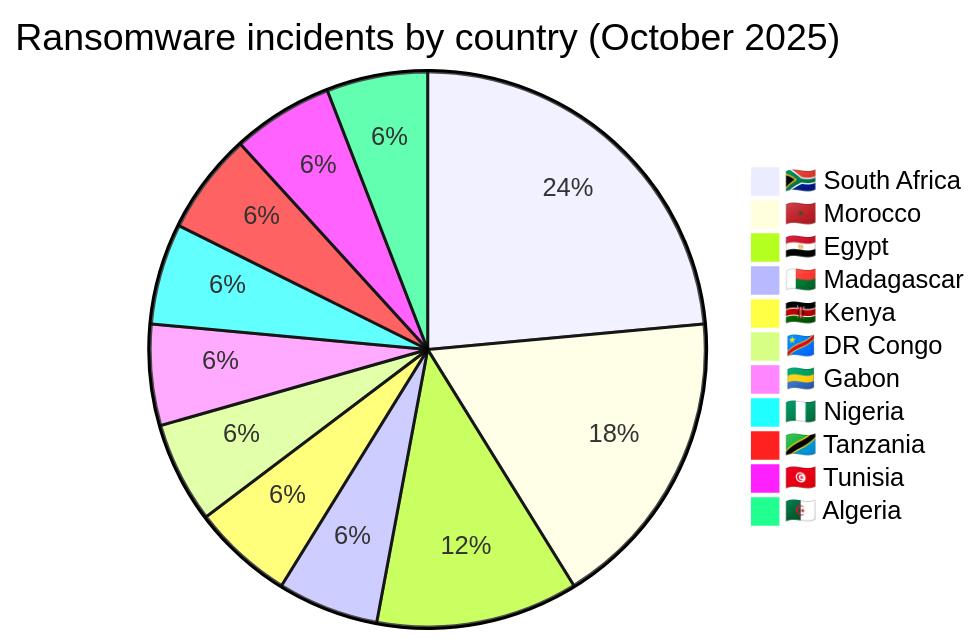
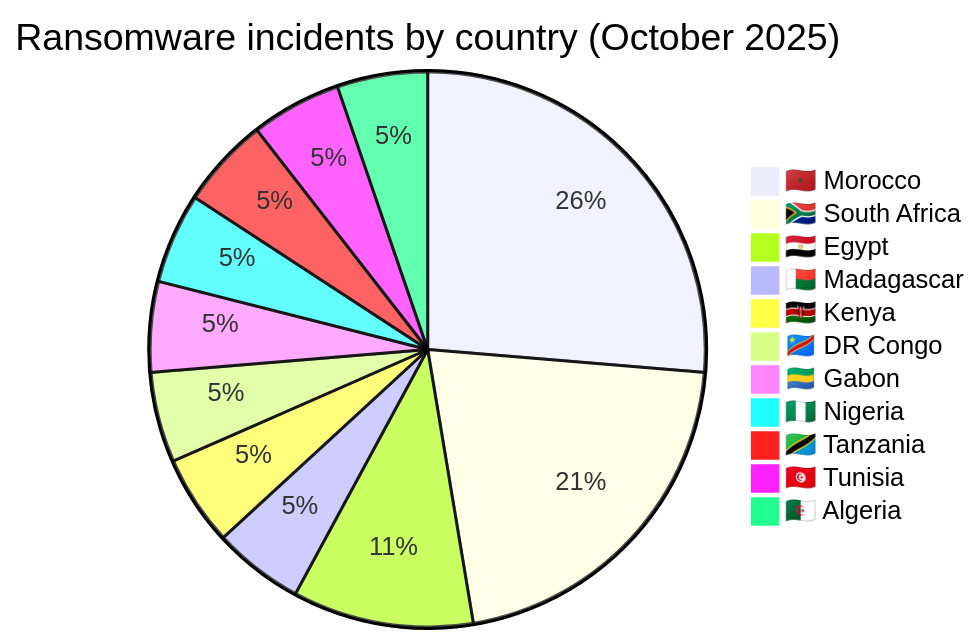
The fourth of 5 diagrams in CyberAttackAfrica/2025/10-october/README.md (Hatchepsoute/AFRINTEL), drawn with Mermaid before and after one commit. The commit also changed other lines of this file and 255 other files, not shown here.

````diff
--- a/CyberAttackAfrica/2025/10-october/README.md
+++ b/CyberAttackAfrica/2025/10-october/README.md
@@ -157,15 +162,15 @@
 ```mermaid
 pie
 title Ransomware incidents by country (October 2025)
+"🇲🇦 Morocco" : 5
 "🇿🇦 South Africa" : 4
-"🇲🇦 Morocco" : 3
 "🇪🇬 Egypt" : 2
 "🇲🇬 Madagascar" : 1
 "🇰🇪 Kenya" : 1
 "🇨🇩 DR Congo" : 1
 "🇬🇦 Gabon" : 1
 "🇳🇬 Nigeria" : 1
 "🇹🇿 Tanzania" : 1
 "🇹🇳 Tunisia" : 1
 "🇩🇿 Algeria" : 1
 ```
````
